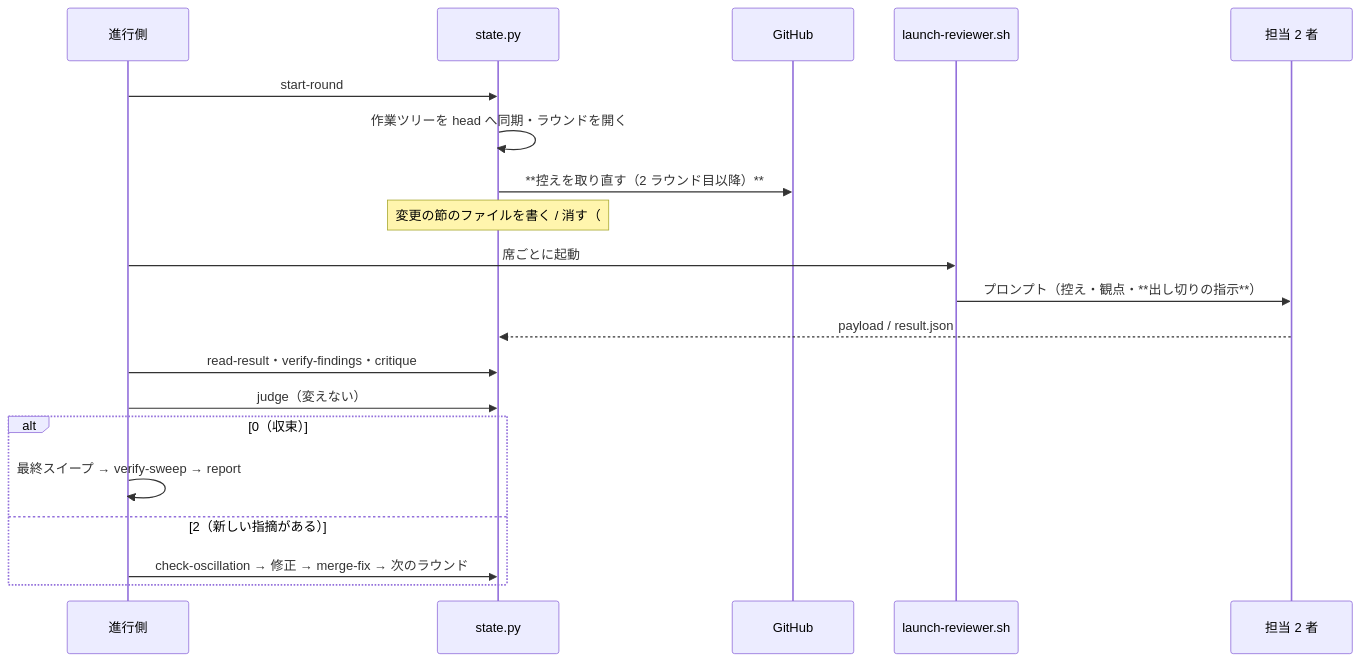
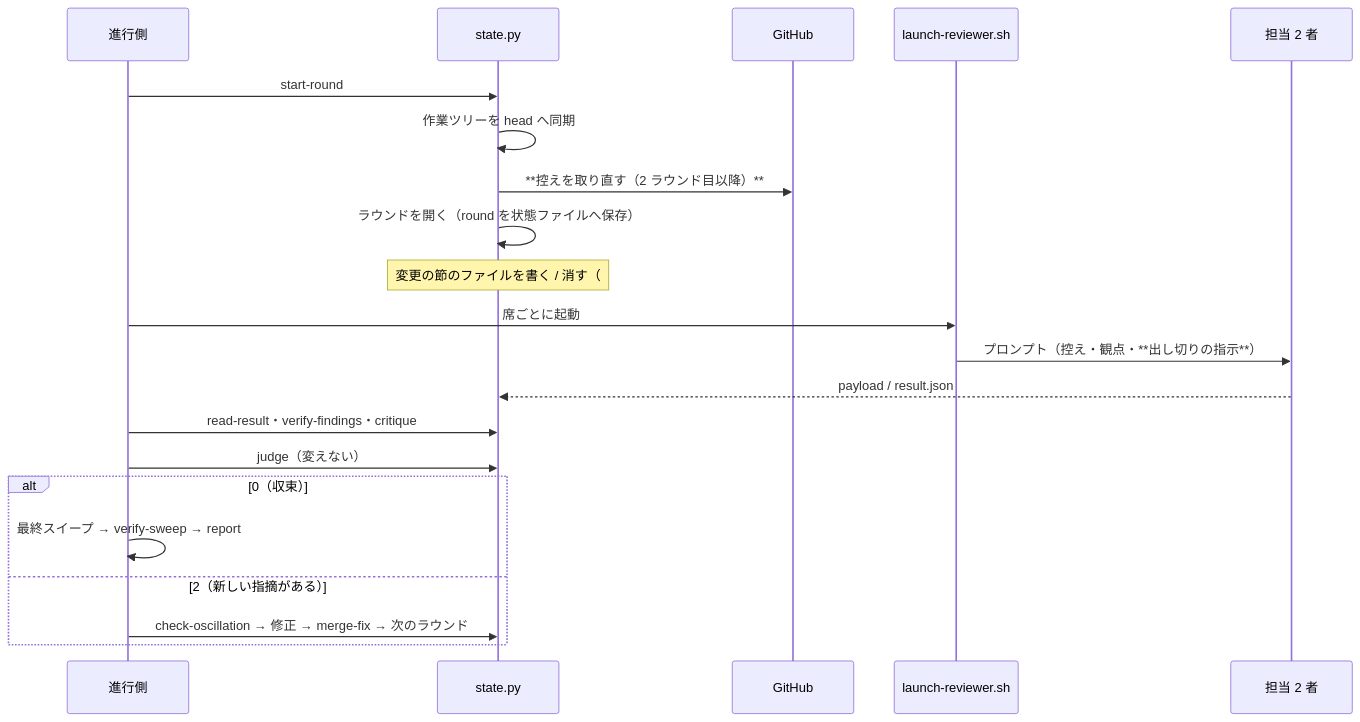
Before and after one commit to devbasex/ai-plugins: the fourth of 4 diagrams in issues/issue-542-786-design.md, drawn with Mermaid. The commit also changed 3 other files, not shown here.

First line of the commit message:
Docs: #542 #786 母集合の古い記述と設計の図の順序・移した印の掛かりを直す

````diff
--- a/issues/issue-542-786-design.md
+++ b/issues/issue-542-786-design.md
@@ -281,22 +281,23 @@
 ```mermaid
 sequenceDiagram
   participant P as 進行側
   participant S as state.py
   participant G as GitHub
   participant L as launch-reviewer.sh
   participant C as 担当 2 者
   P->>S: start-round
-  S->>S: 作業ツリーを head へ同期・ラウンドを開く
+  S->>S: 作業ツリーを head へ同期
   S->>G: **控えを取り直す（2 ラウンド目以降）**
+  S->>S: ラウンドを開く（round を状態ファイルへ保存）
   Note over S: 変更の節のファイルを書く / 消す（#934 へ移した）
   P->>L: 席ごとに起動
   L->>C: プロンプト（控え・観点・**出し切りの指示**）
   C-->>S: payload / result.json
   P->>S: read-result・verify-findings・critique
   P->>S: judge（変えない）
   alt 0（収束）
     P->>P: 最終スイープ → verify-sweep → report
   else 2（新しい指摘がある）
     P->>S: check-oscillation → 修正 → merge-fix → 次のラウンド
   end
 ```
````
